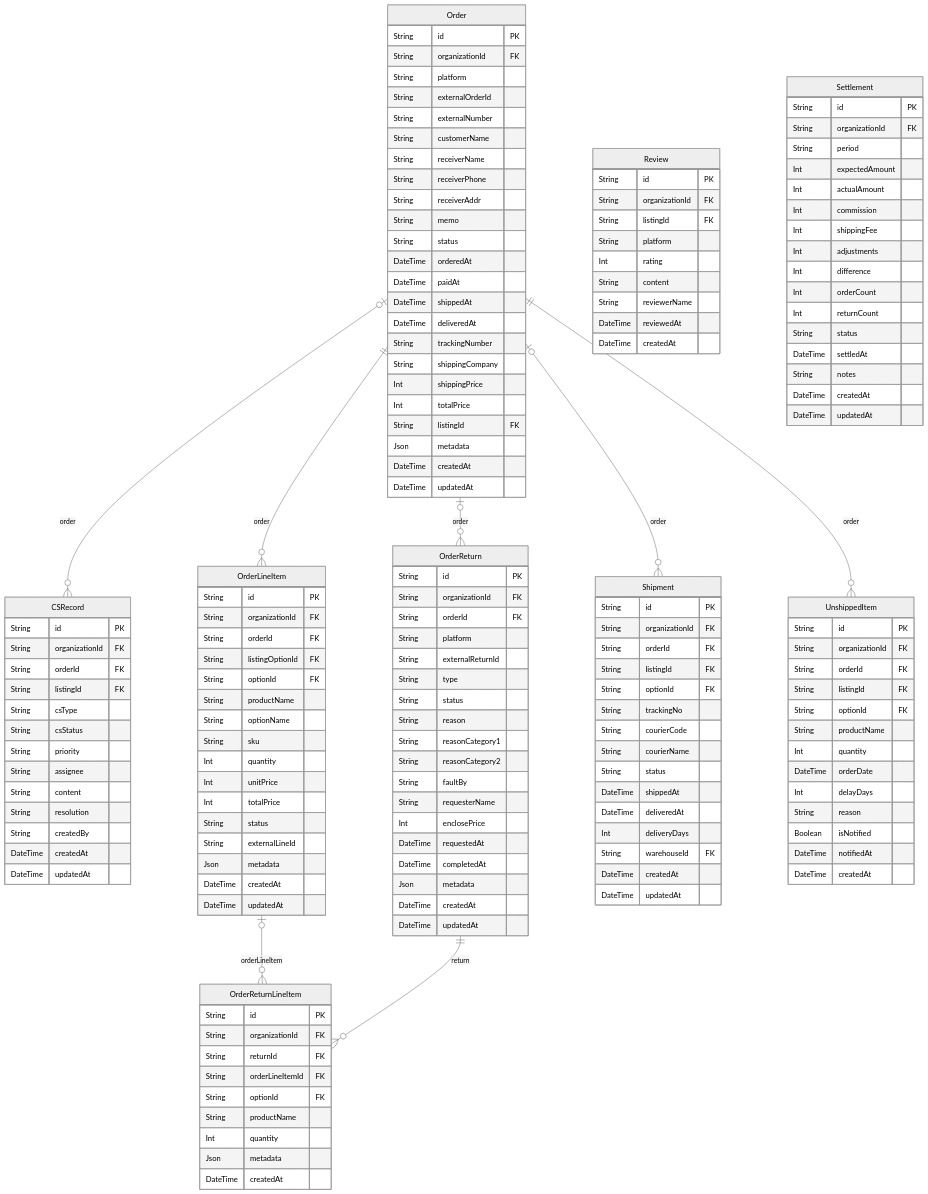
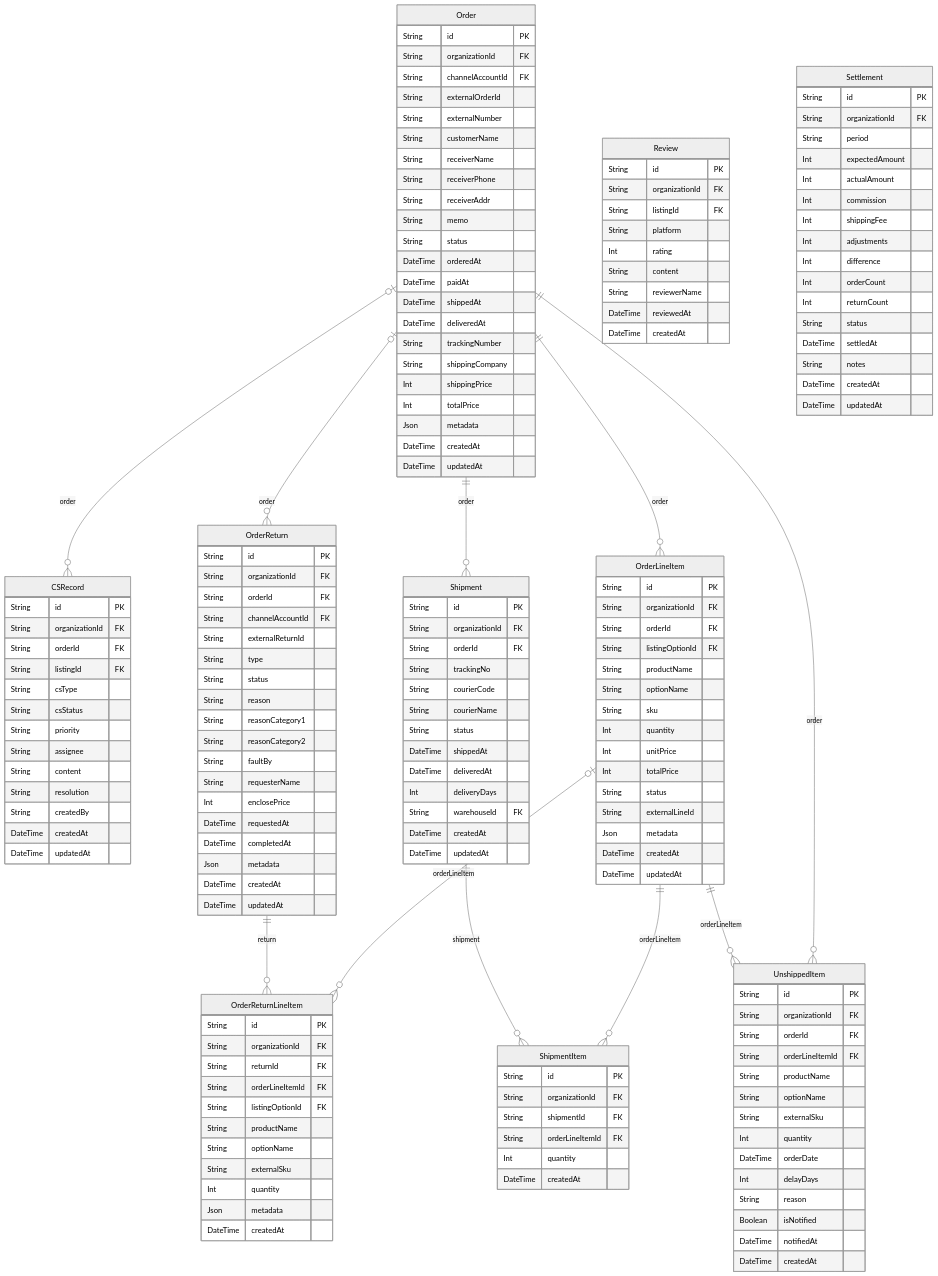
Before and after one commit to AgentFoundry-Labs/kiditem: the diagram in docs/erd/orders.md, drawn with Mermaid (neutral theme). The commit also changed other lines of this file and 1064 other files, not shown here.

````diff
--- a/docs/erd/orders.md
+++ b/docs/erd/orders.md
@@ -41,7 +42,7 @@
   Order {
     String id PK
     String organizationId FK
-    String platform
+    String channelAccountId FK
     String externalOrderId
     String externalNumber
     String customerName
@@ -58,7 +59,6 @@
     String shippingCompany
     Int shippingPrice
     Int totalPrice
-    String listingId FK
     Json metadata
     DateTime createdAt
     DateTime updatedAt
@@ -68,7 +68,6 @@
     String organizationId FK
     String orderId FK
     String listingOptionId FK
-    String optionId FK
     String productName
     String optionName
     String sku
@@ -85,7 +84,7 @@
     String id PK
     String organizationId FK
     String orderId FK
-    String platform
+    String channelAccountId FK
     String externalReturnId
     String type
     String status
@@ -106,8 +105,10 @@
     String organizationId FK
     String returnId FK
     String orderLineItemId FK
-    String optionId FK
+    String listingOptionId FK
     String productName
+    String optionName
+    String externalSku
     Int quantity
     Json metadata
     DateTime createdAt
@@ -145,8 +146,6 @@
     String id PK
     String organizationId FK
     String orderId FK
-    String listingId FK
-    String optionId FK
     String trackingNo
     String courierCode
     String courierName
@@ -158,13 +157,22 @@
     DateTime createdAt
     DateTime updatedAt
   }
+  ShipmentItem {
+    String id PK
+    String organizationId FK
+    String shipmentId FK
+    String orderLineItemId FK
+    Int quantity
+    DateTime createdAt
+  }
   UnshippedItem {
     String id PK
     String organizationId FK
     String orderId FK
-    String listingId FK
-    String optionId FK
+    String orderLineItemId FK
     String productName
+    String optionName
+    String externalSku
     Int quantity
     DateTime orderDate
     Int delayDays
@@ -176,8 +184,11 @@
   Order o|--o{ CSRecord : "order"
   Order ||--o{ OrderLineItem : "order"
   Order o|--o{ OrderReturn : "order"
-  Order o|--o{ Shipment : "order"
+  Order ||--o{ Shipment : "order"
   Order ||--o{ UnshippedItem : "order"
   OrderLineItem o|--o{ OrderReturnLineItem : "orderLineItem"
+  OrderLineItem ||--o{ ShipmentItem : "orderLineItem"
+  OrderLineItem ||--o{ UnshippedItem : "orderLineItem"
   OrderReturn ||--o{ OrderReturnLineItem : "return"
+  Shipment ||--o{ ShipmentItem : "shipment"
 ```
````
